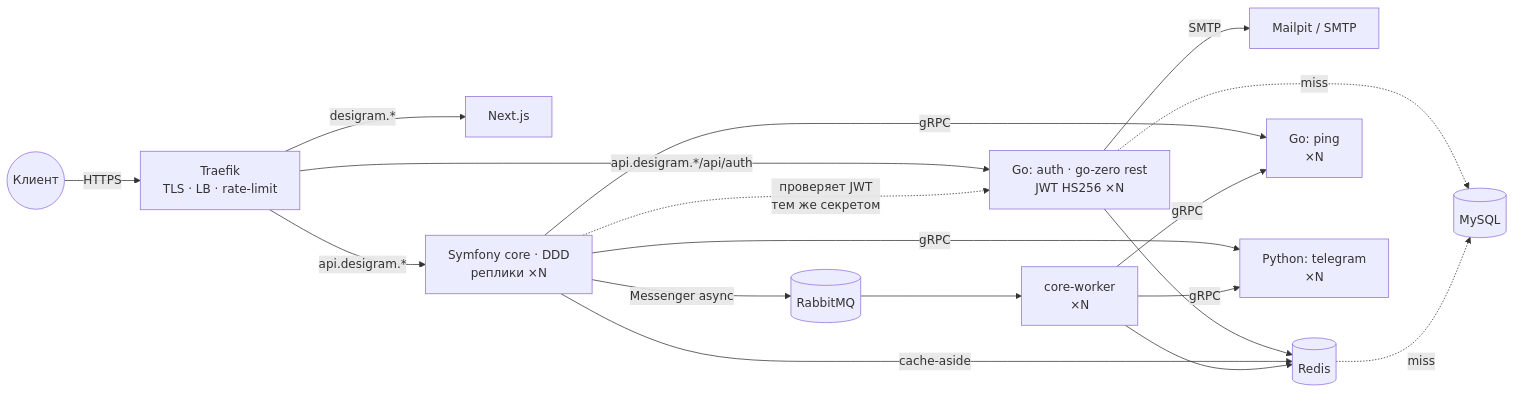
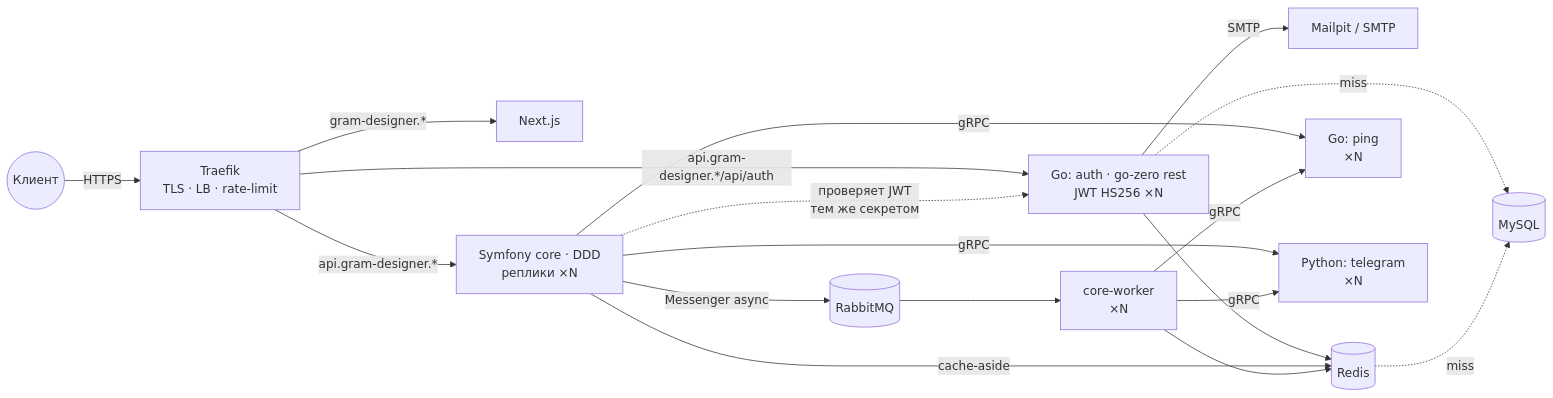
Before and after one commit to snowaa-desigram/desigram: the diagram in README.md, drawn with Mermaid. The commit also changed other lines of this file and 2 other files, not shown here.

Commit message:
docs: README — Gram Designer, домен gram-designer.*; дефолты Makefile/load.yml

````diff
--- a/README.md
+++ b/README.md
@@ -9,20 +11,20 @@
 ```mermaid
 flowchart LR
     U((Клиент)) -->|HTTPS| T[Traefik<br/>TLS · LB · rate-limit]
-    T -->|desigram.*| F[Next.js]
-    T -->|api.desigram.*| C[Symfony core · DDD<br/>реплики ×N]
-    T -->|api.desigram.*/api/auth| A[Go: auth · go-zero rest<br/>JWT HS256 ×N]
+    T -->|gram-designer.*| F[Next.js]
+    T -->|api.gram-designer.*| C[Symfony core · DDD<br/>реплики ×N]
+    T -->|api.gram-designer.*/api/auth| A[Go: auth · go-zero rest<br/>JWT HS256 ×N]
     A -->|SMTP| M[Mailpit / SMTP]
     A --> R
     A -.->|miss| DB
     C -.->|проверяет JWT<br/>тем же секретом| A
     C -->|gRPC| P[Go: ping<br/>×N]
     C -->|gRPC| TG[Python: telegram<br/>×N]
     C -->|cache-aside| R[(Redis)]
     R -.->|miss| DB[(MySQL)]
     C -->|Messenger async| Q[(RabbitMQ)]
     Q --> W[core-worker<br/>×N]
     W -->|gRPC| TG
     W -->|gRPC| P
     W --> R
 ```
````
